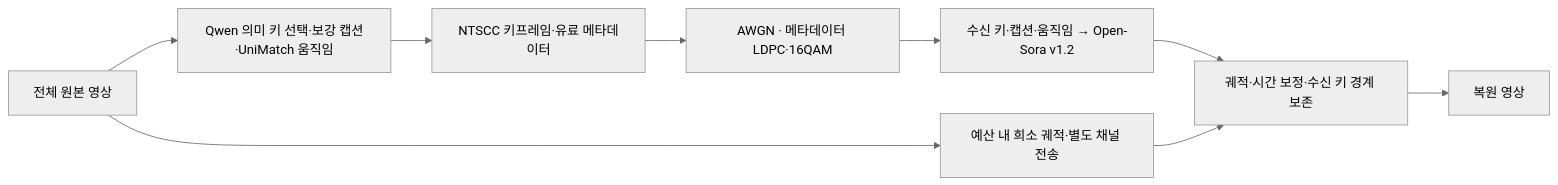
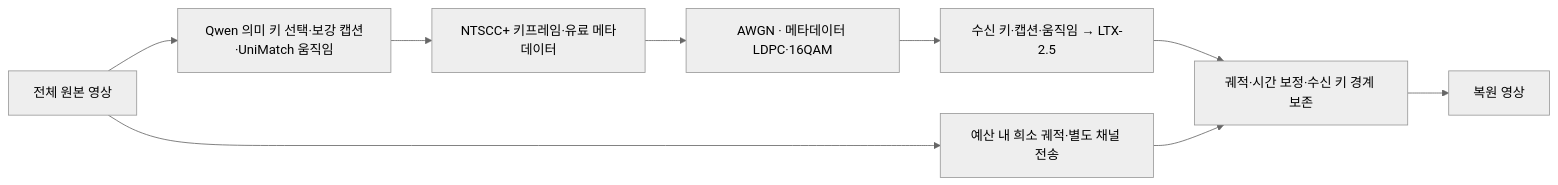
The diagram in README.md (SangukBae/semantic_transmission), drawn with Mermaid (neutral theme) before and after one commit. The commit also changed other lines of this file and 6 other files, not shown here.

````diff
--- a/README.md
+++ b/README.md
@@ -11,11 +11,11 @@
 ```mermaid
 flowchart LR
     V[전체 원본 영상] --> A[Qwen 의미 키 선택·보강 캡션·UniMatch 움직임]
-    A --> T[NTSCC 키프레임·유료 메타데이터]
+    A --> T[NTSCC+ 키프레임·유료 메타데이터]
     T --> W[AWGN · 메타데이터 LDPC·16QAM]
-    W --> D[수신 키·캡션·움직임 → Open-Sora v1.2]
+    W --> D[수신 키·캡션·움직임 → LTX-2.5]
     V --> P[예산 내 희소 궤적·별도 채널 전송]
     D --> R[궤적·시간 보정·수신 키 경계 보존]
     P --> R
     R --> O[복원 영상]
 ```
````
